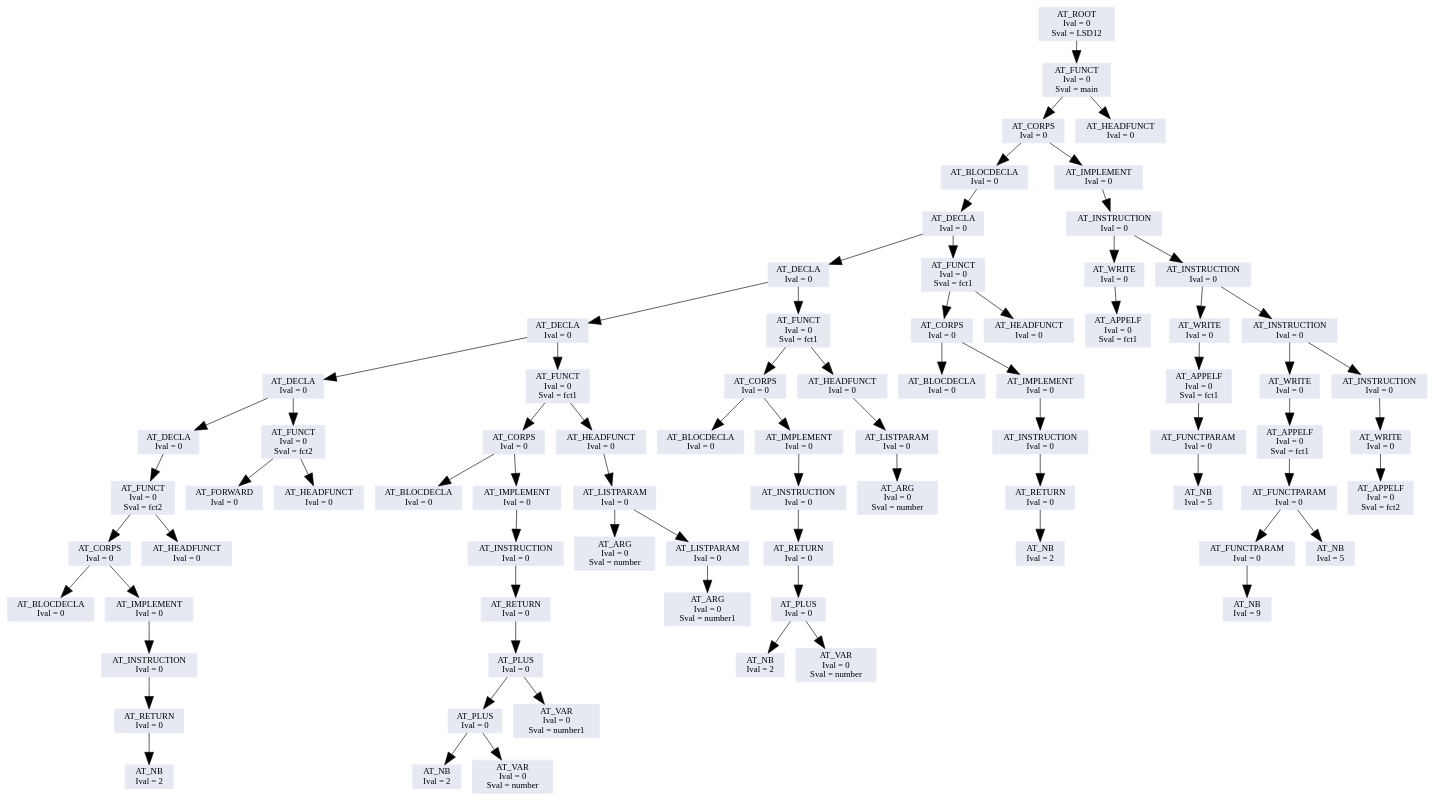
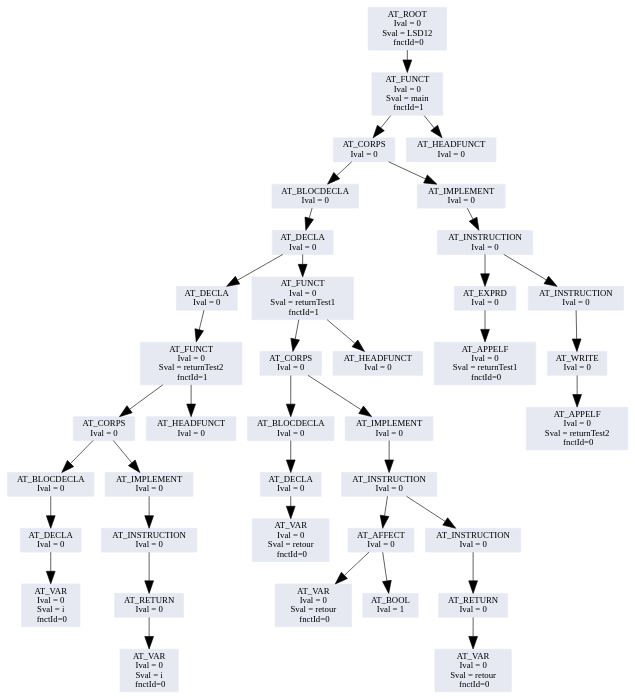
The diagram in lsd12/code/ArbreGraph.dot (w0lf3011/13-lsd12), drawn with Graphviz before and after one commit. The commit also changed 10 other files, not shown here.

```diff
--- a/lsd12/code/ArbreGraph.dot
+++ b/lsd12/code/ArbreGraph.dot
@@ -5,158 +5,81 @@
 	edge [arrowsize=2, color="#000000"];
 
 // A remplacer avec ce qu'il y a entre ";*** BEGIN printTreeGraphViz(..) +locations ***" et ";*** END printTreeGraphViz(..) +locations ***"
-
-"0x8a95ac8";
-"0x8a95ac8"[shape=box, color="#e6e8f2", fontcolor="#000000",label="AT_ROOT \n Ival = 0\n Sval = LSD12"];
-"0x8a95ac8" -> "0x8a95aa8";
-"0x8a95aa8"[shape=box, color="#e6e8f2", fontcolor="#000000",label="AT_FUNCT \n Ival = 0\n Sval = main"];
-"0x8a95aa8" -> "0x8a95a88";
-"0x8a95aa8" -> "0x8a95078";
-"0x8a95a88"[shape=box, color="#e6e8f2", fontcolor="#000000",label="AT_CORPS \n Ival = 0"];
-"0x8a95a88" -> "0x8a957c8";
-"0x8a95a88" -> "0x8a95a68";
-"0x8a957c8"[shape=box, color="#e6e8f2", fontcolor="#000000",label="AT_BLOCDECLA \n Ival = 0"];
-"0x8a957c8" -> "0x8a957a8";
-"0x8a957a8"[shape=box, color="#e6e8f2", fontcolor="#000000",label="AT_DECLA \n Ival = 0"];
-"0x8a957a8" -> "0x8a95788";
-"0x8a957a8" -> "0x8a95188";
-"0x8a95788"[shape=box, color="#e6e8f2", fontcolor="#000000",label="AT_DECLA \n Ival = 0"];
-"0x8a95788" -> "0x8a95768";
-"0x8a95788" -> "0x8a95338";
-"0x8a95768"[shape=box, color="#e6e8f2", fontcolor="#000000",label="AT_DECLA \n Ival = 0"];
-"0x8a95768" -> "0x8a95748";
-"0x8a95768" -> "0x8a95588";
-"0x8a95748"[shape=box, color="#e6e8f2", fontcolor="#000000",label="AT_DECLA \n Ival = 0"];
-"0x8a95748" -> "0x8a95728";
-"0x8a95748" -> "0x8a955f8";
-"0x8a95728"[shape=box, color="#e6e8f2", fontcolor="#000000",label="AT_DECLA \n Ival = 0"];
-"0x8a95728" -> "0x8a95708";
-"0x8a95708"[shape=box, color="#e6e8f2", fontcolor="#000000",label="AT_FUNCT \n Ival = 0\n Sval = fct2"];
-"0x8a95708" -> "0x8a956e8";
-"0x8a95708" -> "0x8a95628";
-"0x8a956e8"[shape=box, color="#e6e8f2", fontcolor="#000000",label="AT_CORPS \n Ival = 0"];
-"0x8a956e8" -> "0x8a95648";
-"0x8a956e8" -> "0x8a956c8";
-"0x8a95648"[shape=box, color="#e6e8f2", fontcolor="#000000",label="AT_BLOCDECLA \n Ival = 0"];
-"0x8a956c8"[shape=box, color="#e6e8f2", fontcolor="#000000",label="AT_IMPLEMENT \n Ival = 0"];
-"0x8a956c8" -> "0x8a956a8";
-"0x8a956a8"[shape=box, color="#e6e8f2", fontcolor="#000000",label="AT_INSTRUCTION \n Ival = 0"];
-"0x8a956a8" -> "0x8a95688";
-"0x8a95688"[shape=box, color="#e6e8f2", fontcolor="#000000",label="AT_RETURN \n Ival = 0"];
-"0x8a95688" -> "0x8a95668";
-"0x8a95668"[shape=box, color="#e6e8f2", fontcolor="#000000",label="AT_NB \n Ival = 2"];
-"0x8a95628"[shape=box, color="#e6e8f2", fontcolor="#000000",label="AT_HEADFUNCT \n Ival = 0"];
-"0x8a955f8"[shape=box, color="#e6e8f2", fontcolor="#000000",label="AT_FUNCT \n Ival = 0\n Sval = fct2"];
-"0x8a955f8" -> "0x8a955d8";
-"0x8a955f8" -> "0x8a955b8";
-"0x8a955d8"[shape=box, color="#e6e8f2", fontcolor="#000000",label="AT_FORWARD \n Ival = 0"];
-"0x8a955b8"[shape=box, color="#e6e8f2", fontcolor="#000000",label="AT_HEADFUNCT \n Ival = 0"];
-"0x8a95588"[shape=box, color="#e6e8f2", fontcolor="#000000",label="AT_FUNCT \n Ival = 0\n Sval = fct1"];
-"0x8a95588" -> "0x8a95568";
-"0x8a95588" -> "0x8a95408";
-"0x8a95568"[shape=box, color="#e6e8f2", fontcolor="#000000",label="AT_CORPS \n Ival = 0"];
-"0x8a95568" -> "0x8a95428";
-"0x8a95568" -> "0x8a95548";
-"0x8a95428"[shape=box, color="#e6e8f2", fontcolor="#000000",label="AT_BLOCDECLA \n Ival = 0"];
-"0x8a95548"[shape=box, color="#e6e8f2", fontcolor="#000000",label="AT_IMPLEMENT \n Ival = 0"];
-"0x8a95548" -> "0x8a95528";
-"0x8a95528"[shape=box, color="#e6e8f2", fontcolor="#000000",label="AT_INSTRUCTION \n Ival = 0"];
-"0x8a95528" -> "0x8a95508";
-"0x8a95508"[shape=box, color="#e6e8f2", fontcolor="#000000",label="AT_RETURN \n Ival = 0"];
-"0x8a95508" -> "0x8a954e8";
-"0x8a954e8"[shape=box, color="#e6e8f2", fontcolor="#000000",label="AT_PLUS \n Ival = 0"];
-"0x8a954e8" -> "0x8a95498";
-"0x8a954e8" -> "0x8a954c8";
-"0x8a95498"[shape=box, color="#e6e8f2", fontcolor="#000000",label="AT_PLUS \n Ival = 0"];
-"0x8a95498" -> "0x8a95448";
-"0x8a95498" -> "0x8a95478";
-"0x8a95448"[shape=box, color="#e6e8f2", fontcolor="#000000",label="AT_NB \n Ival = 2"];
-"0x8a95478"[shape=box, color="#e6e8f2", fontcolor="#000000",label="AT_VAR \n Ival = 0\n Sval = number"];
-"0x8a954c8"[shape=box, color="#e6e8f2", fontcolor="#000000",label="AT_VAR \n Ival = 0\n Sval = number1"];
-"0x8a95408"[shape=box, color="#e6e8f2", fontcolor="#000000",label="AT_HEADFUNCT \n Ival = 0"];
-"0x8a95408" -> "0x8a953e8";
-"0x8a953e8"[shape=box, color="#e6e8f2", fontcolor="#000000",label="AT_LISTPARAM \n Ival = 0"];
-"0x8a953e8" -> "0x8a95378";
-"0x8a953e8" -> "0x8a953c8";
-"0x8a95378"[shape=box, color="#e6e8f2", fontcolor="#000000",label="AT_ARG \n Ival = 0\n Sval = number"];
-"0x8a953c8"[shape=box, color="#e6e8f2", fontcolor="#000000",label="AT_LISTPARAM \n Ival = 0"];
-"0x8a953c8" -> "0x8a953a8";
-"0x8a953a8"[shape=box, color="#e6e8f2", fontcolor="#000000",label="AT_ARG \n Ival = 0\n Sval = number1"];
-"0x8a95338"[shape=box, color="#e6e8f2", fontcolor="#000000",label="AT_FUNCT \n Ival = 0\n Sval = fct1"];
-"0x8a95338" -> "0x8a95318";
-"0x8a95338" -> "0x8a95208";
-"0x8a95318"[shape=box, color="#e6e8f2", fontcolor="#000000",label="AT_CORPS \n Ival = 0"];
-"0x8a95318" -> "0x8a95228";
-"0x8a95318" -> "0x8a952f8";
-"0x8a95228"[shape=box, color="#e6e8f2", fontcolor="#000000",label="AT_BLOCDECLA \n Ival = 0"];
-"0x8a952f8"[shape=box, color="#e6e8f2", fontcolor="#000000",label="AT_IMPLEMENT \n Ival = 0"];
-"0x8a952f8" -> "0x8a952d8";
-"0x8a952d8"[shape=box, color="#e6e8f2", fontcolor="#000000",label="AT_INSTRUCTION \n Ival = 0"];
-"0x8a952d8" -> "0x8a952b8";
-"0x8a952b8"[shape=box, color="#e6e8f2", fontcolor="#000000",label="AT_RETURN \n Ival = 0"];
-"0x8a952b8" -> "0x8a95298";
-"0x8a95298"[shape=box, color="#e6e8f2", fontcolor="#000000",label="AT_PLUS \n Ival = 0"];
-"0x8a95298" -> "0x8a95248";
-"0x8a95298" -> "0x8a95278";
-"0x8a95248"[shape=box, color="#e6e8f2", fontcolor="#000000",label="AT_NB \n Ival = 2"];
-"0x8a95278"[shape=box, color="#e6e8f2", fontcolor="#000000",label="AT_VAR \n Ival = 0\n Sval = number"];
-"0x8a95208"[shape=box, color="#e6e8f2", fontcolor="#000000",label="AT_HEADFUNCT \n Ival = 0"];
-"0x8a95208" -> "0x8a951e8";
-"0x8a951e8"[shape=box, color="#e6e8f2", fontcolor="#000000",label="AT_LISTPARAM \n Ival = 0"];
-"0x8a951e8" -> "0x8a951c8";
-"0x8a951c8"[shape=box, color="#e6e8f2", fontcolor="#000000",label="AT_ARG \n Ival = 0\n Sval = number"];
-"0x8a95188"[shape=box, color="#e6e8f2", fontcolor="#000000",label="AT_FUNCT \n Ival = 0\n Sval = fct1"];
-"0x8a95188" -> "0x8a95168";
-"0x8a95188" -> "0x8a950a8";
-"0x8a95168"[shape=box, color="#e6e8f2", fontcolor="#000000",label="AT_CORPS \n Ival = 0"];
-"0x8a95168" -> "0x8a950c8";
-"0x8a95168" -> "0x8a95148";
-"0x8a950c8"[shape=box, color="#e6e8f2", fontcolor="#000000",label="AT_BLOCDECLA \n Ival = 0"];
-"0x8a95148"[shape=box, color="#e6e8f2", fontcolor="#000000",label="AT_IMPLEMENT \n Ival = 0"];
-"0x8a95148" -> "0x8a95128";
-"0x8a95128"[shape=box, color="#e6e8f2", fontcolor="#000000",label="AT_INSTRUCTION \n Ival = 0"];
-"0x8a95128" -> "0x8a95108";
-"0x8a95108"[shape=box, color="#e6e8f2", fontcolor="#000000",label="AT_RETURN \n Ival = 0"];
-"0x8a95108" -> "0x8a950e8";
-"0x8a950e8"[shape=box, color="#e6e8f2", fontcolor="#000000",label="AT_NB \n Ival = 2"];
-"0x8a950a8"[shape=box, color="#e6e8f2", fontcolor="#000000",label="AT_HEADFUNCT \n Ival = 0"];
-"0x8a95a68"[shape=box, color="#e6e8f2", fontcolor="#000000",label="AT_IMPLEMENT \n Ival = 0"];
-"0x8a95a68" -> "0x8a95a48";
-"0x8a95a48"[shape=box, color="#e6e8f2", fontcolor="#000000",label="AT_INSTRUCTION \n Ival = 0"];
-"0x8a95a48" -> "0x8a95818";
-"0x8a95a48" -> "0x8a95a28";
-"0x8a95818"[shape=box, color="#e6e8f2", fontcolor="#000000",label="AT_WRITE \n Ival = 0"];
-"0x8a95818" -> "0x8a957f8";
-"0x8a957f8"[shape=box, color="#e6e8f2", fontcolor="#000000",label="AT_APPELF \n Ival = 0\n Sval = fct1"];
-"0x8a95a28"[shape=box, color="#e6e8f2", fontcolor="#000000",label="AT_INSTRUCTION \n Ival = 0"];
-"0x8a95a28" -> "0x8a958a8";
-"0x8a95a28" -> "0x8a95a08";
-"0x8a958a8"[shape=box, color="#e6e8f2", fontcolor="#000000",label="AT_WRITE \n Ival = 0"];
-"0x8a958a8" -> "0x8a95888";
-"0x8a95888"[shape=box, color="#e6e8f2", fontcolor="#000000",label="AT_APPELF \n Ival = 0\n Sval = fct1"];
-"0x8a95888" -> "0x8a95868";
-"0x8a95868"[shape=box, color="#e6e8f2", fontcolor="#000000",label="AT_FUNCTPARAM \n Ival = 0"];
-"0x8a95868" -> "0x8a95848";
-"0x8a95848"[shape=box, color="#e6e8f2", fontcolor="#000000",label="AT_NB \n Ival = 5"];
-"0x8a95a08"[shape=box, color="#e6e8f2", fontcolor="#000000",label="AT_INSTRUCTION \n Ival = 0"];
-"0x8a95a08" -> "0x8a95978";
-"0x8a95a08" -> "0x8a959e8";
-"0x8a95978"[shape=box, color="#e6e8f2", fontcolor="#000000",label="AT_WRITE \n Ival = 0"];
-"0x8a95978" -> "0x8a95958";
-"0x8a95958"[shape=box, color="#e6e8f2", fontcolor="#000000",label="AT_APPELF \n Ival = 0\n Sval = fct1"];
-"0x8a95958" -> "0x8a95938";
-"0x8a95938"[shape=box, color="#e6e8f2", fontcolor="#000000",label="AT_FUNCTPARAM \n Ival = 0"];
-"0x8a95938" -> "0x8a95918";
-"0x8a95938" -> "0x8a958d8";
-"0x8a95918"[shape=box, color="#e6e8f2", fontcolor="#000000",label="AT_FUNCTPARAM \n Ival = 0"];
-"0x8a95918" -> "0x8a958f8";
-"0x8a958f8"[shape=box, color="#e6e8f2", fontcolor="#000000",label="AT_NB \n Ival = 9"];
-"0x8a958d8"[shape=box, color="#e6e8f2", fontcolor="#000000",label="AT_NB \n Ival = 5"];
-"0x8a959e8"[shape=box, color="#e6e8f2", fontcolor="#000000",label="AT_INSTRUCTION \n Ival = 0"];
-"0x8a959e8" -> "0x8a959c8";
-"0x8a959c8"[shape=box, color="#e6e8f2", fontcolor="#000000",label="AT_WRITE \n Ival = 0"];
-"0x8a959c8" -> "0x8a959a8";
-"0x8a959a8"[shape=box, color="#e6e8f2", fontcolor="#000000",label="AT_APPELF \n Ival = 0\n Sval = fct2"];
-"0x8a95078"[shape=box, color="#e6e8f2", fontcolor="#000000",label="AT_HEADFUNCT \n Ival = 0"];
+"0x8c8d6d0";
+"0x8c8d6d0"[shape=box, color="#e6e8f2", fontcolor="#000000",label="AT_ROOT \n Ival = 0\n Sval = LSD12 \n  fnctId=0 "];
+"0x8c8d6d0" -> "0x8c8d6a8";
+"0x8c8d6a8"[shape=box, color="#e6e8f2", fontcolor="#000000",label="AT_FUNCT \n Ival = 0\n Sval = main \n  fnctId=1 "];
+"0x8c8d6a8" -> "0x8c8d680";
+"0x8c8d6a8" -> "0x8c8d078";
+"0x8c8d680"[shape=box, color="#e6e8f2", fontcolor="#000000",label="AT_CORPS \n Ival = 0"];
+"0x8c8d680" -> "0x8c8d520";
+"0x8c8d680" -> "0x8c8d658";
+"0x8c8d520"[shape=box, color="#e6e8f2", fontcolor="#000000",label="AT_BLOCDECLA \n Ival = 0"];
+"0x8c8d520" -> "0x8c8d4f8";
+"0x8c8d4f8"[shape=box, color="#e6e8f2", fontcolor="#000000",label="AT_DECLA \n Ival = 0"];
+"0x8c8d4f8" -> "0x8c8d4d0";
+"0x8c8d4f8" -> "0x8c8d2e8";
+"0x8c8d4d0"[shape=box, color="#e6e8f2", fontcolor="#000000",label="AT_DECLA \n Ival = 0"];
+"0x8c8d4d0" -> "0x8c8d4a8";
+"0x8c8d4a8"[shape=box, color="#e6e8f2", fontcolor="#000000",label="AT_FUNCT \n Ival = 0\n Sval = returnTest2 \n  fnctId=1 "];
+"0x8c8d4a8" -> "0x8c8d480";
+"0x8c8d4a8" -> "0x8c8d320";
+"0x8c8d480"[shape=box, color="#e6e8f2", fontcolor="#000000",label="AT_CORPS \n Ival = 0"];
+"0x8c8d480" -> "0x8c8d3a8";
+"0x8c8d480" -> "0x8c8d458";
+"0x8c8d3a8"[shape=box, color="#e6e8f2", fontcolor="#000000",label="AT_BLOCDECLA \n Ival = 0"];
+"0x8c8d3a8" -> "0x8c8d380";
+"0x8c8d380"[shape=box, color="#e6e8f2", fontcolor="#000000",label="AT_DECLA \n Ival = 0"];
+"0x8c8d380" -> "0x8c8d358";
+"0x8c8d358"[shape=box, color="#e6e8f2", fontcolor="#000000",label="AT_VAR \n Ival = 0\n Sval = i \n  fnctId=0 "];
+"0x8c8d458"[shape=box, color="#e6e8f2", fontcolor="#000000",label="AT_IMPLEMENT \n Ival = 0"];
+"0x8c8d458" -> "0x8c8d430";
+"0x8c8d430"[shape=box, color="#e6e8f2", fontcolor="#000000",label="AT_INSTRUCTION \n Ival = 0"];
+"0x8c8d430" -> "0x8c8d408";
+"0x8c8d408"[shape=box, color="#e6e8f2", fontcolor="#000000",label="AT_RETURN \n Ival = 0"];
+"0x8c8d408" -> "0x8c8d3e0";
+"0x8c8d3e0"[shape=box, color="#e6e8f2", fontcolor="#000000",label="AT_VAR \n Ival = 0\n Sval = i \n  fnctId=0 "];
+"0x8c8d320"[shape=box, color="#e6e8f2", fontcolor="#000000",label="AT_HEADFUNCT \n Ival = 0"];
+"0x8c8d2e8"[shape=box, color="#e6e8f2", fontcolor="#000000",label="AT_FUNCT \n Ival = 0\n Sval = returnTest1 \n  fnctId=1 "];
+"0x8c8d2e8" -> "0x8c8d2c0";
+"0x8c8d2e8" -> "0x8c8d0b0";
+"0x8c8d2c0"[shape=box, color="#e6e8f2", fontcolor="#000000",label="AT_CORPS \n Ival = 0"];
+"0x8c8d2c0" -> "0x8c8d138";
+"0x8c8d2c0" -> "0x8c8d298";
+"0x8c8d138"[shape=box, color="#e6e8f2", fontcolor="#000000",label="AT_BLOCDECLA \n Ival = 0"];
+"0x8c8d138" -> "0x8c8d110";
+"0x8c8d110"[shape=box, color="#e6e8f2", fontcolor="#000000",label="AT_DECLA \n Ival = 0"];
+"0x8c8d110" -> "0x8c8d0e8";
+"0x8c8d0e8"[shape=box, color="#e6e8f2", fontcolor="#000000",label="AT_VAR \n Ival = 0\n Sval = retour \n  fnctId=0 "];
+"0x8c8d298"[shape=box, color="#e6e8f2", fontcolor="#000000",label="AT_IMPLEMENT \n Ival = 0"];
+"0x8c8d298" -> "0x8c8d270";
+"0x8c8d270"[shape=box, color="#e6e8f2", fontcolor="#000000",label="AT_INSTRUCTION \n Ival = 0"];
+"0x8c8d270" -> "0x8c8d1c0";
+"0x8c8d270" -> "0x8c8d248";
+"0x8c8d1c0"[shape=box, color="#e6e8f2", fontcolor="#000000",label="AT_AFFECT \n Ival = 0"];
+"0x8c8d1c0" -> "0x8c8d170";
+"0x8c8d1c0" -> "0x8c8d198";
+"0x8c8d170"[shape=box, color="#e6e8f2", fontcolor="#000000",label="AT_VAR \n Ival = 0\n Sval = retour \n  fnctId=0 "];
+"0x8c8d198"[shape=box, color="#e6e8f2", fontcolor="#000000",label="AT_BOOL \n Ival = 1"];
+"0x8c8d248"[shape=box, color="#e6e8f2", fontcolor="#000000",label="AT_INSTRUCTION \n Ival = 0"];
+"0x8c8d248" -> "0x8c8d220";
+"0x8c8d220"[shape=box, color="#e6e8f2", fontcolor="#000000",label="AT_RETURN \n Ival = 0"];
+"0x8c8d220" -> "0x8c8d1f8";
+"0x8c8d1f8"[shape=box, color="#e6e8f2", fontcolor="#000000",label="AT_VAR \n Ival = 0\n Sval = retour \n  fnctId=0 "];
+"0x8c8d0b0"[shape=box, color="#e6e8f2", fontcolor="#000000",label="AT_HEADFUNCT \n Ival = 0"];
+"0x8c8d658"[shape=box, color="#e6e8f2", fontcolor="#000000",label="AT_IMPLEMENT \n Ival = 0"];
+"0x8c8d658" -> "0x8c8d630";
+"0x8c8d630"[shape=box, color="#e6e8f2", fontcolor="#000000",label="AT_INSTRUCTION \n Ival = 0"];
+"0x8c8d630" -> "0x8c8d580";
+"0x8c8d630" -> "0x8c8d608";
+"0x8c8d580"[shape=box, color="#e6e8f2", fontcolor="#000000",label="AT_EXPRD \n Ival = 0"];
+"0x8c8d580" -> "0x8c8d558";
+"0x8c8d558"[shape=box, color="#e6e8f2", fontcolor="#000000",label="AT_APPELF \n Ival = 0\n Sval = returnTest1 \n  fnctId=0 "];
+"0x8c8d608"[shape=box, color="#e6e8f2", fontcolor="#000000",label="AT_INSTRUCTION \n Ival = 0"];
+"0x8c8d608" -> "0x8c8d5e0";
+"0x8c8d5e0"[shape=box, color="#e6e8f2", fontcolor="#000000",label="AT_WRITE \n Ival = 0"];
+"0x8c8d5e0" -> "0x8c8d5b8";
+"0x8c8d5b8"[shape=box, color="#e6e8f2", fontcolor="#000000",label="AT_APPELF \n Ival = 0\n Sval = returnTest2 \n  fnctId=0 "];
+"0x8c8d078"[shape=box, color="#e6e8f2", fontcolor="#000000",label="AT_HEADFUNCT \n Ival = 0"];
 
 }
```
